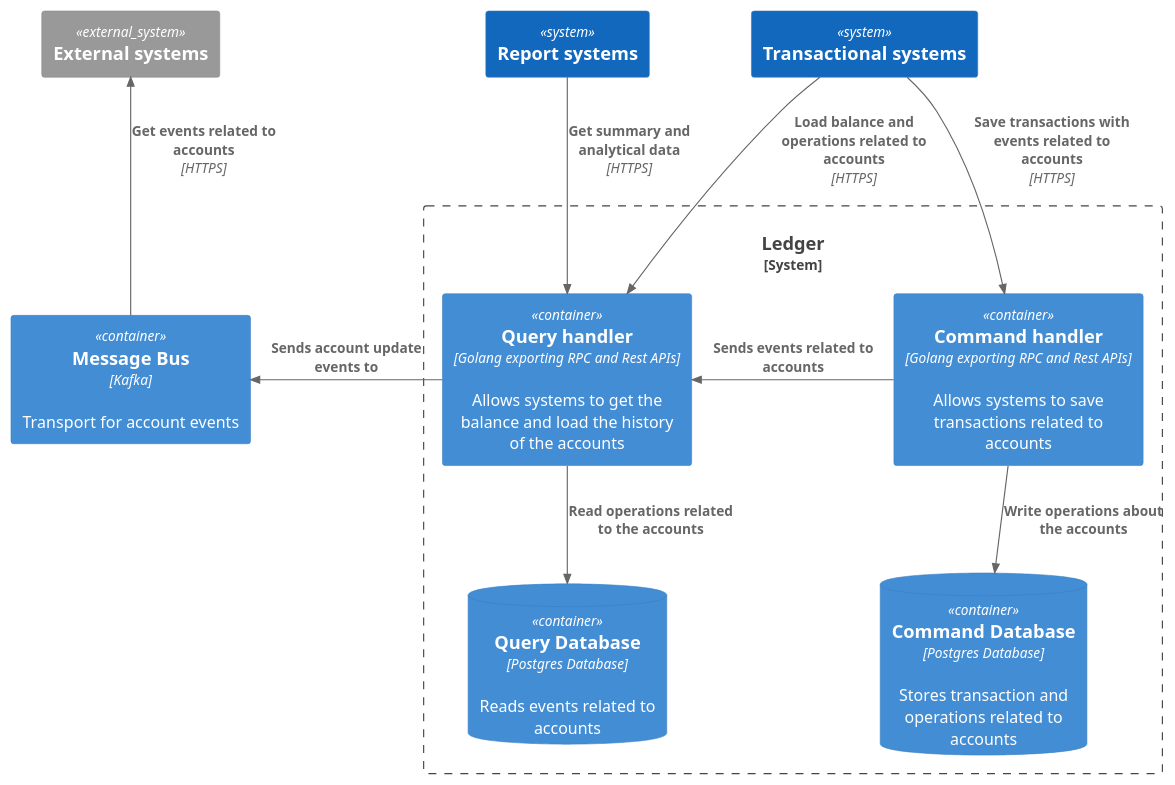
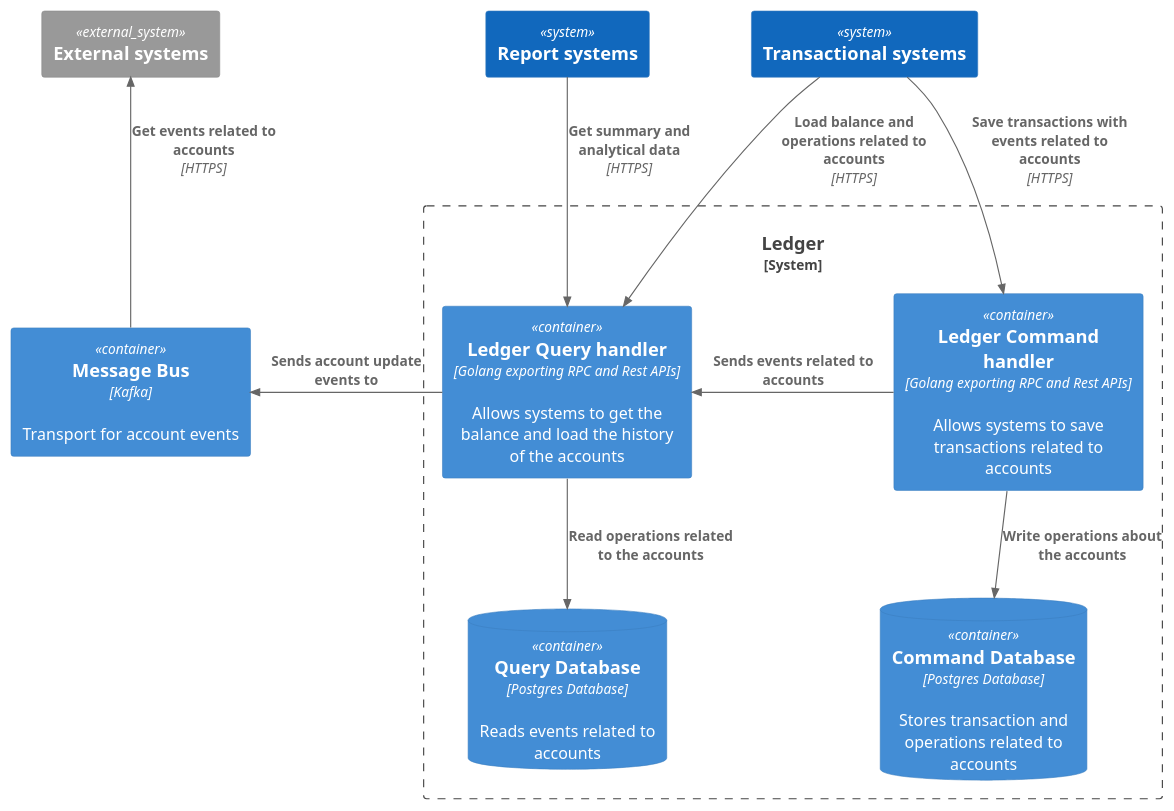
Before and after one commit to fernandodr19/the-amazing-ledger: the diagram in docs/c4model/level_2_step_by_step/level_2_c_container_diagram.puml, drawn with PlantUML. The commit also changed 7 other files, not shown here.

Commit message:
chore: update diagrams

```diff
--- a/docs/c4model/level_2_step_by_step/level_2_c_container_diagram.puml
+++ b/docs/c4model/level_2_step_by_step/level_2_c_container_diagram.puml
@@ -1,37 +1,37 @@
 @startuml Basic Sample
 !includeurl https://raw.githubusercontent.com/RicardoNiepel/C4-PlantUML/release/1-0/C4_Container.puml
 
 
 ' LAYOUT_LEFT_RIGHT
 
 ' LAYOUT_WITH_LEGEND()
 
 
 System(transactional_systems, "Transactional systems")
 System(report_systems, "Report systems")
 System_Ext(external_systems, "External systems")
 
 System_Boundary(ledger, "Ledger") {
-    Container(ledger_command_api, "Command handler", "Golang exporting RPC and Rest APIs", "Allows systems to save transactions related to accounts")
-    Container(ledger_query_api, "Query handler", "Golang exporting RPC and Rest APIs", "Allows systems to get the balance and load the history of the accounts")
+    Container(ledger_command_api, "Ledger Command handler", "Golang exporting RPC and Rest APIs", "Allows systems to save transactions related to accounts")
+    Container(ledger_query_api, "Ledger Query handler", "Golang exporting RPC and Rest APIs", "Allows systems to get the balance and load the history of the accounts")
     ContainerDb(query_database, "Query Database", "Postgres Database", "Reads events related to accounts")
     ContainerDb(command_database, "Command Database", "Postgres Database", "Stores transaction and operations related to accounts")
 }
 
 Container(message_bus, "Message Bus", "Kafka", "Transport for account events")
 
 Rel_L(ledger_query_api, message_bus, "Sends account update events to")
 
 Rel(ledger_command_api, command_database, "Write operations about the accounts")
 Rel(ledger_query_api, query_database, "Read operations related to the accounts")
 
 Rel(transactional_systems, ledger_command_api, "Save transactions with events related to accounts", "HTTPS")
 Rel(transactional_systems, ledger_query_api, "Load balance and operations related to accounts", "HTTPS")
 
 Rel_Back(external_systems, message_bus, "Get events related to accounts", "HTTPS")
 
 Rel(report_systems, ledger_query_api, "Get summary and analytical data", "HTTPS")
 
 Rel_Neighbor(ledger_command_api, ledger_query_api, "Sends events related to accounts")
 
 @enduml
```
